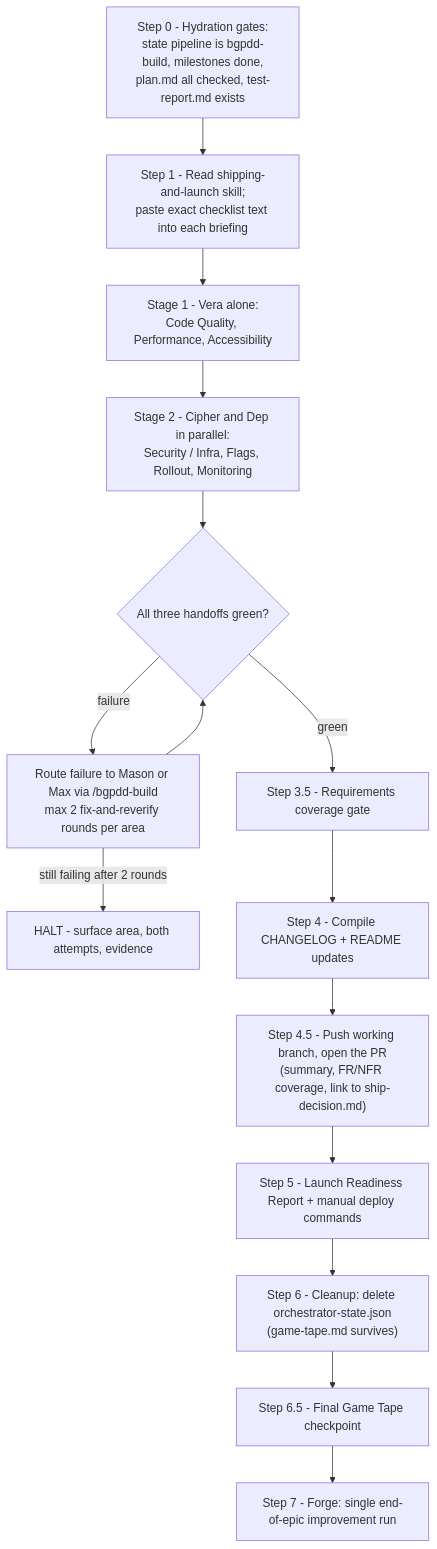
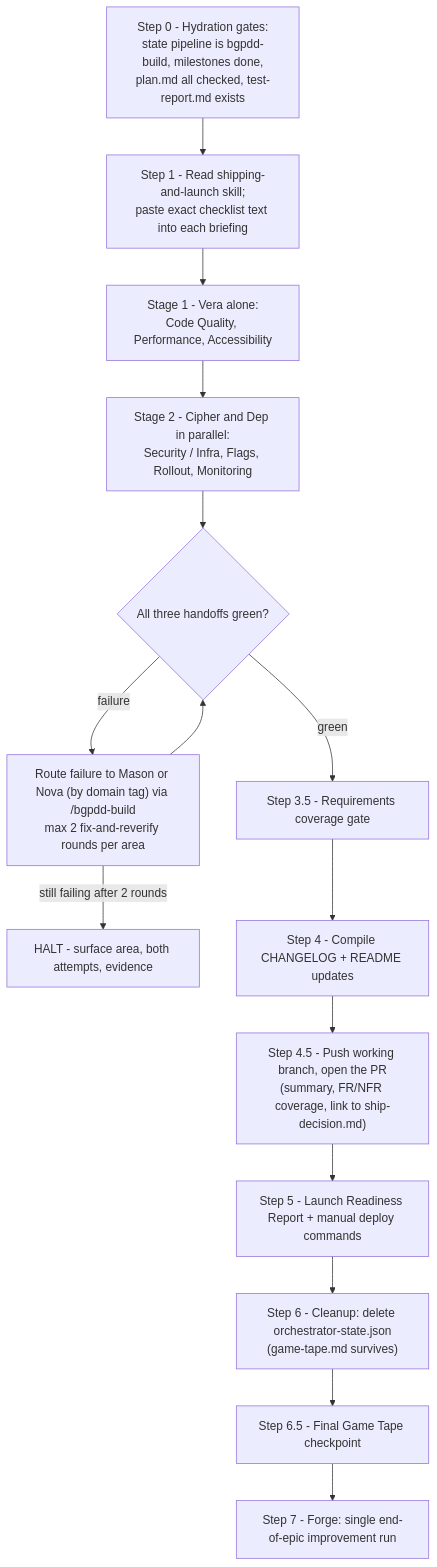
The sixth of 7 diagrams in README.md (MuhammadShaharyarNaeem/blackgoat-agentskills), drawn with Mermaid before and after one commit. The commit also changed other lines of this file and 27 other files, not shown here.

````diff
--- a/README.md
+++ b/README.md
@@ -280,21 +281,21 @@
 ```mermaid
 flowchart TD
     S0["Step 0 - Hydration gates:<br/>state pipeline is bgpdd-build, milestones done,<br/>plan.md all checked, test-report.md exists"]
     S1["Step 1 - Read shipping-and-launch skill;<br/>paste exact checklist text into each briefing"]
     ST1["Stage 1 - Vera alone:<br/>Code Quality, Performance, Accessibility"]
     ST2["Stage 2 - Cipher and Dep in parallel:<br/>Security / Infra, Flags, Rollout, Monitoring"]
     S3{"All three handoffs green?"}
-    FIX["Route failure to Mason or Max via /bgpdd-build<br/>max 2 fix-and-reverify rounds per area"]
+    FIX["Route failure to Mason or Nova (by domain tag) via /bgpdd-build<br/>max 2 fix-and-reverify rounds per area"]
     HALT["HALT - surface area, both attempts, evidence"]
     S35["Step 3.5 - Requirements coverage gate"]
     S4["Step 4 - Compile CHANGELOG + README updates"]
     S45["Step 4.5 - Push working branch, open the PR<br/>(summary, FR/NFR coverage, link to ship-decision.md)"]
     S5["Step 5 - Launch Readiness Report + manual deploy commands"]
     S6["Step 6 - Cleanup: delete orchestrator-state.json<br/>(game-tape.md survives)"]
     S65["Step 6.5 - Final Game Tape checkpoint"]
     S7["Step 7 - Forge: single end-of-epic improvement run"]
     S0 --> S1 --> ST1 --> ST2 --> S3
     S3 -- "failure" --> FIX --> S3
     FIX -- "still failing after 2 rounds" --> HALT
     S3 -- "green" --> S35 --> S4 --> S45 --> S5 --> S6 --> S65 --> S7
 ```
````
